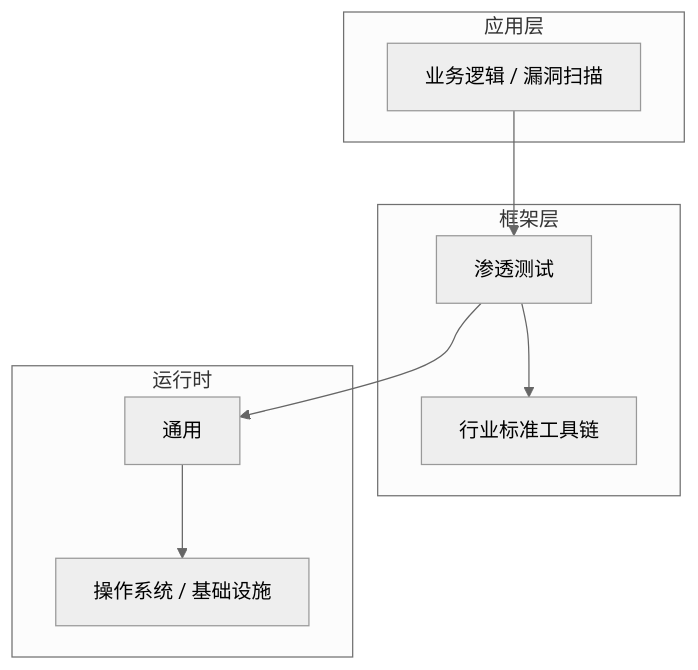
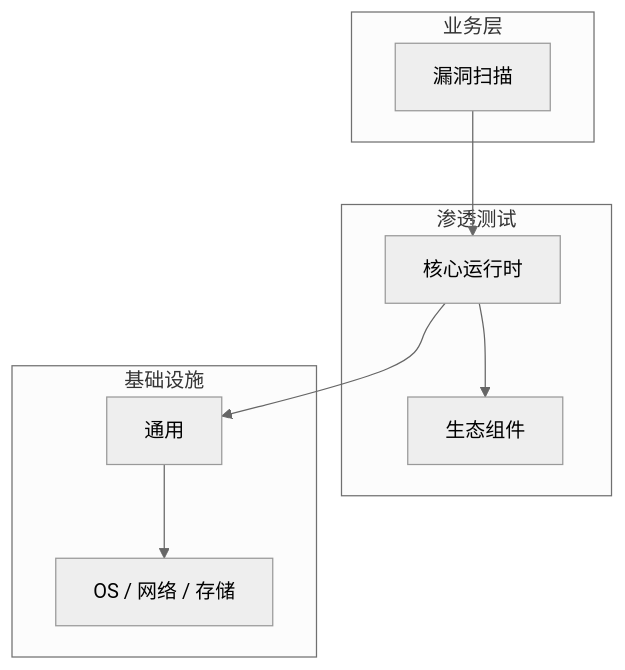
One commit to yanggan2015/knowledge-json-v2 changed the diagram in articles/渗透测试/chapters/015-漏洞扫描核心概念与原理.md. Above: the diagram before and after it, drawn with Mermaid (neutral theme). The commit also changed other lines of this file and 10127 other files, not shown here.

````diff
--- a/articles/渗透测试/chapters/015-漏洞扫描核心概念与原理.md
+++ b/articles/渗透测试/chapters/015-漏洞扫描核心概念与原理.md
@@ -46,18 +31,18 @@
 ```mermaid
 graph TB
-    subgraph 应用层
-        A[业务逻辑 / 漏洞扫描]
+    subgraph 业务层
+        A[漏洞扫描]
     end
-    subgraph 框架层
-        B[渗透测试]
-        C[行业标准工具链]
+    subgraph 渗透测试
+        B[核心运行时]
+        C[生态组件]
     end
-    subgraph 运行时
+    subgraph 基础设施
         D[通用]
-        E[操作系统 / 基础设施]
+        E[OS / 网络 / 存储]
     end
     A --> B
     B --> C
     B --> D
     D --> E
 ```
````
